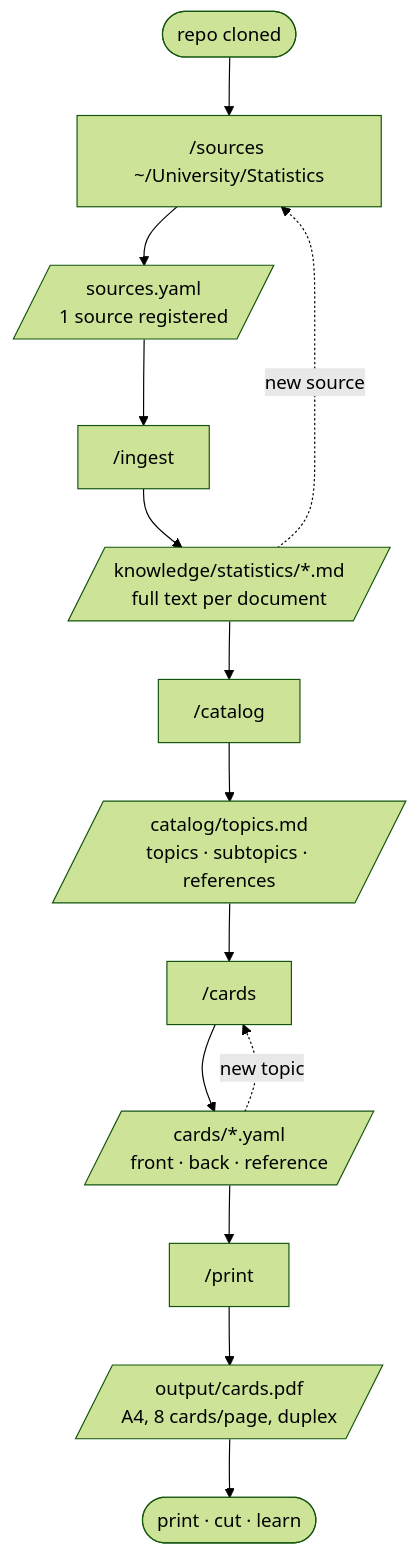
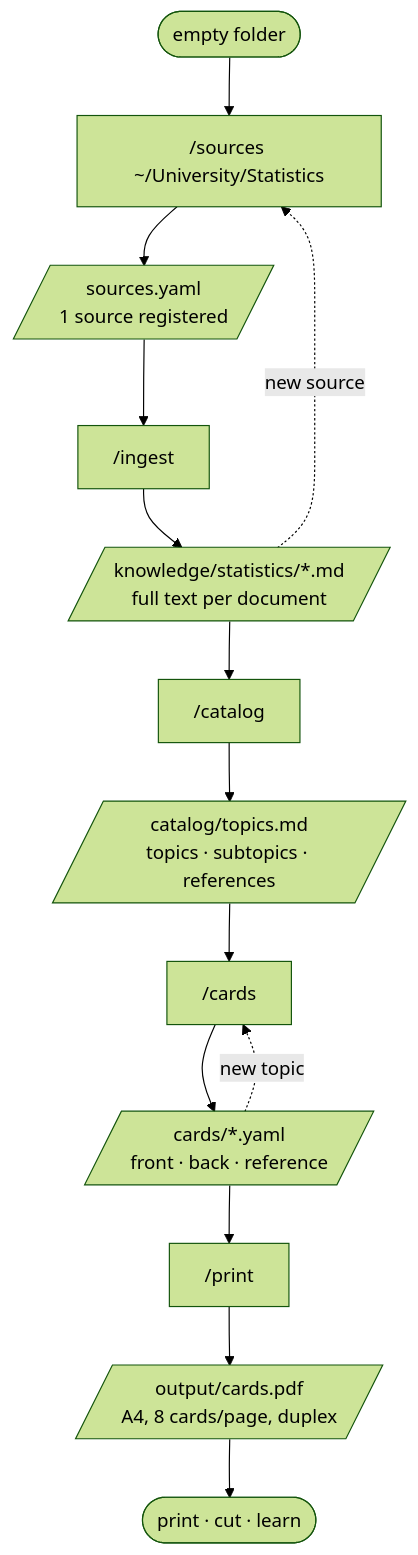
Before and after one commit to mhabedank/lernkarten: the diagram in docs/workflow.md, drawn with Mermaid (forest theme). The commit also changed other lines of this file and 28 other files, not shown here.

````diff
--- a/docs/workflow.md
+++ b/docs/workflow.md
@@ -9,17 +9,17 @@
 ```mermaid
 flowchart TD
-    A([repo cloned]) --> S["/sources ~/University/Statistics"]
+    A([empty folder]) --> S["/sources ~/University/Statistics"]
     S --> SF[/"sources.yaml<br>1 source registered"/]
     SF --> I["/ingest"]
     I --> IF[/"knowledge/statistics/*.md<br>full text per document"/]
     IF --> C["/catalog"]
     C --> CF[/"catalog/topics.md<br>topics · subtopics · references"/]
     CF --> G["/cards"]
     G --> GF[/"cards/*.yaml<br>front · back · reference"/]
     GF --> P["/print"]
     P --> PF[/"output/cards.pdf<br>A4, 8 cards/page, duplex"/]
     PF --> D([print · cut · learn])
 
     GF -.->|new topic| G
     IF -.->|new source| S
 ```
````
